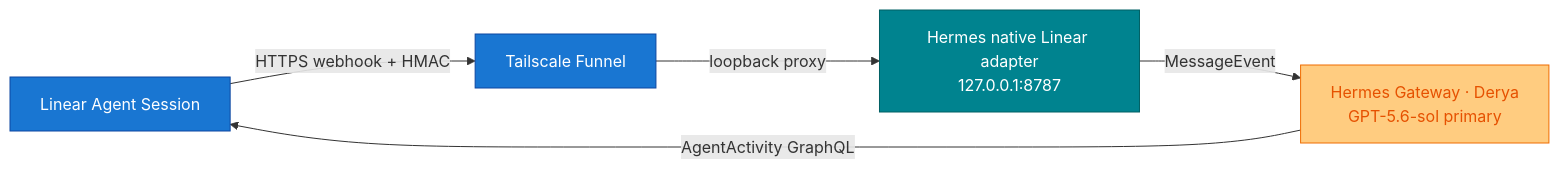
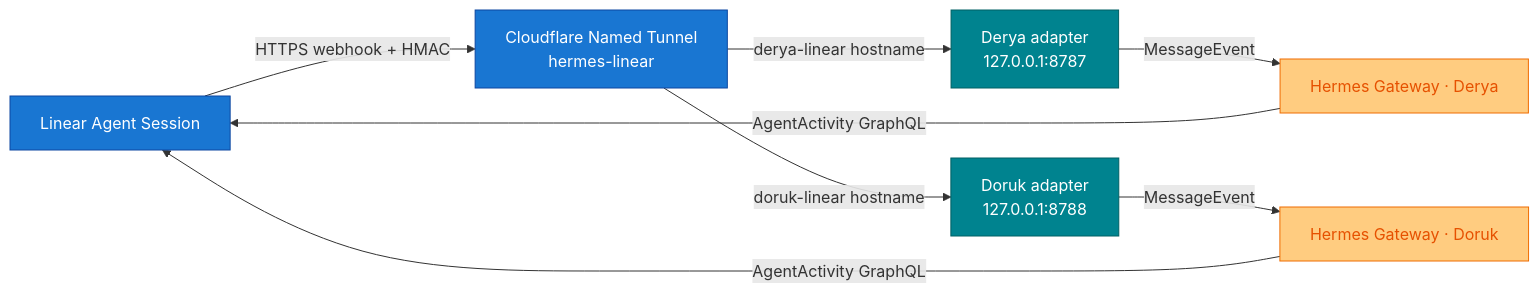
One commit to mpolatcan/hermes-setup changed the diagram in integrations/linear-hermes-platform/README.md. Above: the diagram before and after it, drawn with Mermaid. The commit also changed other lines of this file and 2 other files, not shown here.

Commit message:
fix(linear): personalize acknowledgments and runtime secrets

````diff
--- a/integrations/linear-hermes-platform/README.md
+++ b/integrations/linear-hermes-platform/README.md
@@ -7,11 +7,14 @@
 ```mermaid
 flowchart LR
-    L["Linear Agent Session"]:::net -->|"HTTPS webhook + HMAC"| F["Tailscale Funnel"]:::net
-    F -->|"loopback proxy"| A["Hermes native Linear adapter<br/>127.0.0.1:8787"]:::svc
-    A -->|"MessageEvent"| G["Hermes Gateway · Derya<br/>GPT-5.6-sol primary"]:::codex
-    G -->|"AgentActivity GraphQL"| L
+    L["Linear Agent Session"]:::net -->|"HTTPS webhook + HMAC"| C["Cloudflare Named Tunnel<br/>hermes-linear"]:::net
+    C -->|"derya-linear hostname"| AD["Derya adapter<br/>127.0.0.1:8787"]:::svc
+    C -->|"doruk-linear hostname"| AR["Doruk adapter<br/>127.0.0.1:8788"]:::svc
+    AD -->|"MessageEvent"| GD["Hermes Gateway · Derya"]:::codex
+    AR -->|"MessageEvent"| GR["Hermes Gateway · Doruk"]:::codex
+    GD -->|"AgentActivity GraphQL"| L
+    GR -->|"AgentActivity GraphQL"| L
 
     classDef net fill:#1976D2,stroke:#0D47A1,color:#fff
     classDef svc fill:#00838F,stroke:#006064,color:#fff
     classDef codex fill:#FFCC80,stroke:#EF6C00,color:#E65100
 ```
````
